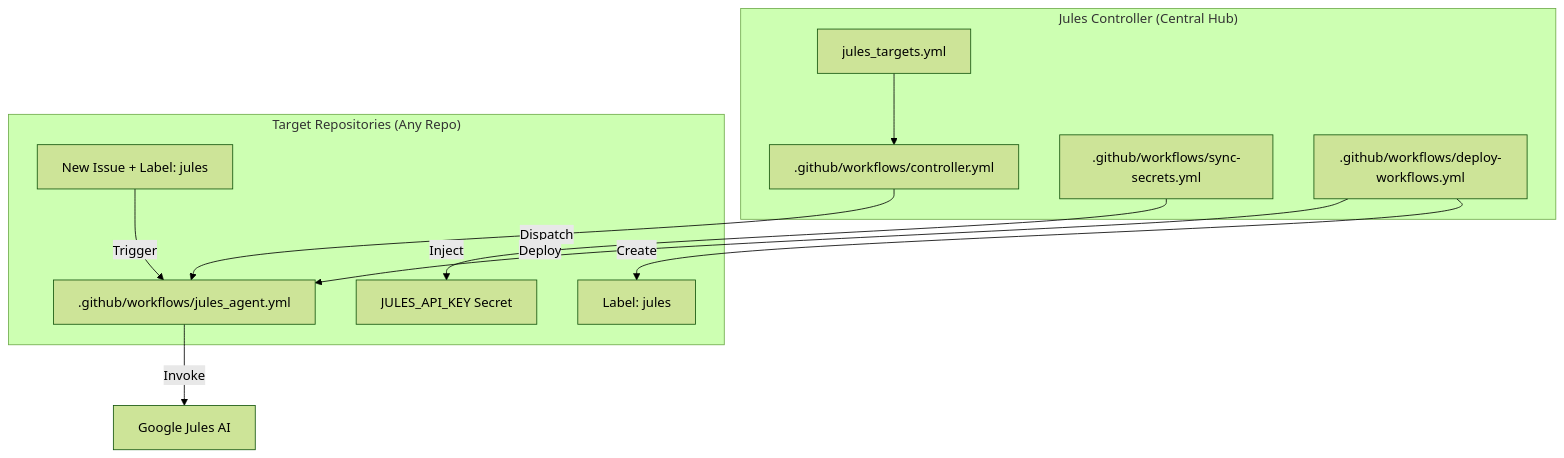
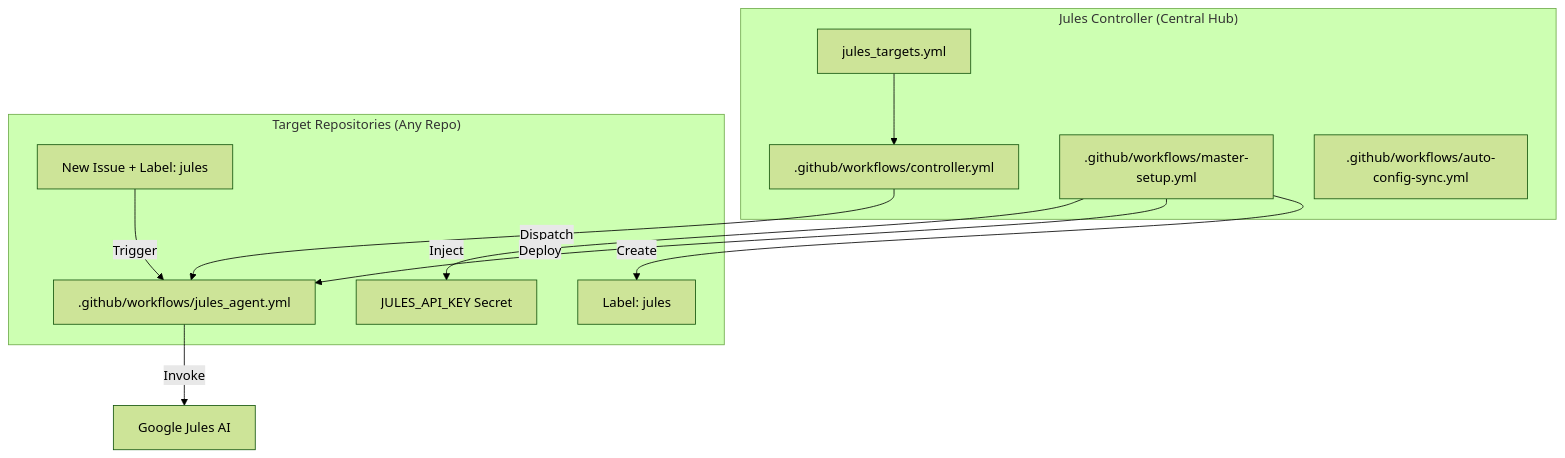
Before and after one commit to GabryXn/jules-controller: the diagram in README.md, drawn with Mermaid (forest theme). The commit also changed other lines of this file and 4 other files, not shown here.

````diff
--- a/README.md
+++ b/README.md
@@ -11,18 +11,18 @@
 ```mermaid
 graph TD
     subgraph "Jules Controller (Central Hub)"
         A[jules_targets.yml] --> B[.github/workflows/controller.yml]
-        C[.github/workflows/sync-secrets.yml]
-        D[.github/workflows/deploy-workflows.yml]
+        C[.github/workflows/master-setup.yml]
+        D[.github/workflows/auto-config-sync.yml]
     end
 
     subgraph "Target Repositories (Any Repo)"
         B -->|Dispatch| E[.github/workflows/jules_agent.yml]
         C -->|Inject| F[JULES_API_KEY Secret]
-        D -->|Deploy| E
-        D -->|Create| G[Label: jules]
+        C -->|Deploy| E
+        C -->|Create| G[Label: jules]
         H[New Issue + Label: jules] -->|Trigger| E
     end
 
     E -->|Invoke| I[Google Jules AI]
 ```
````
